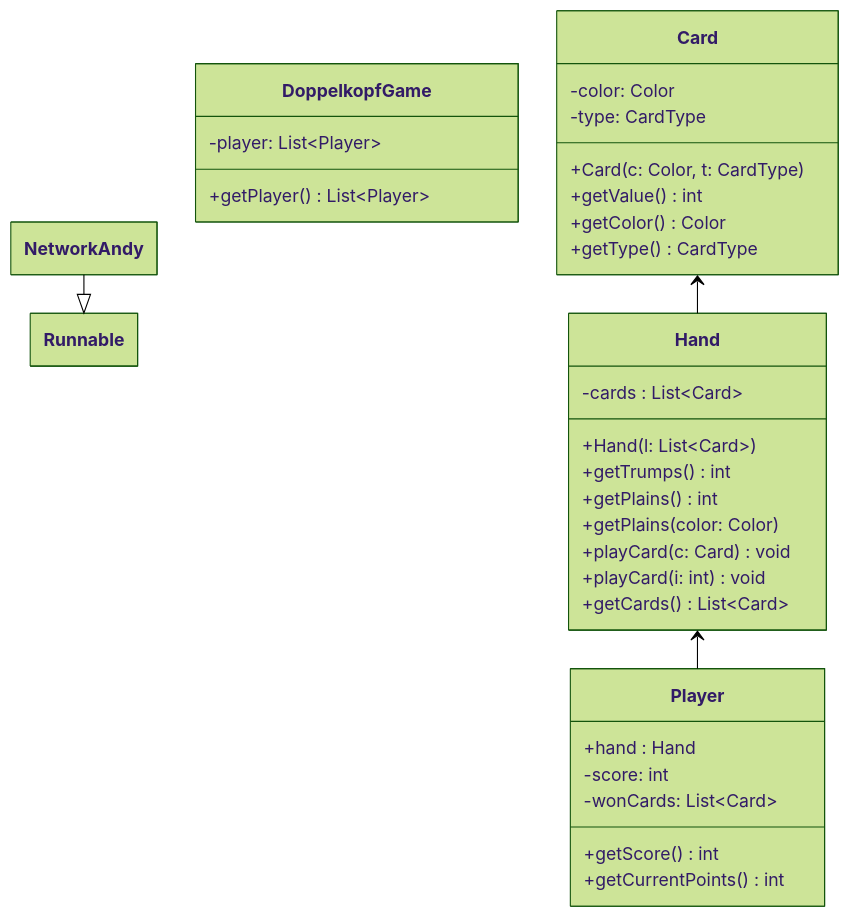
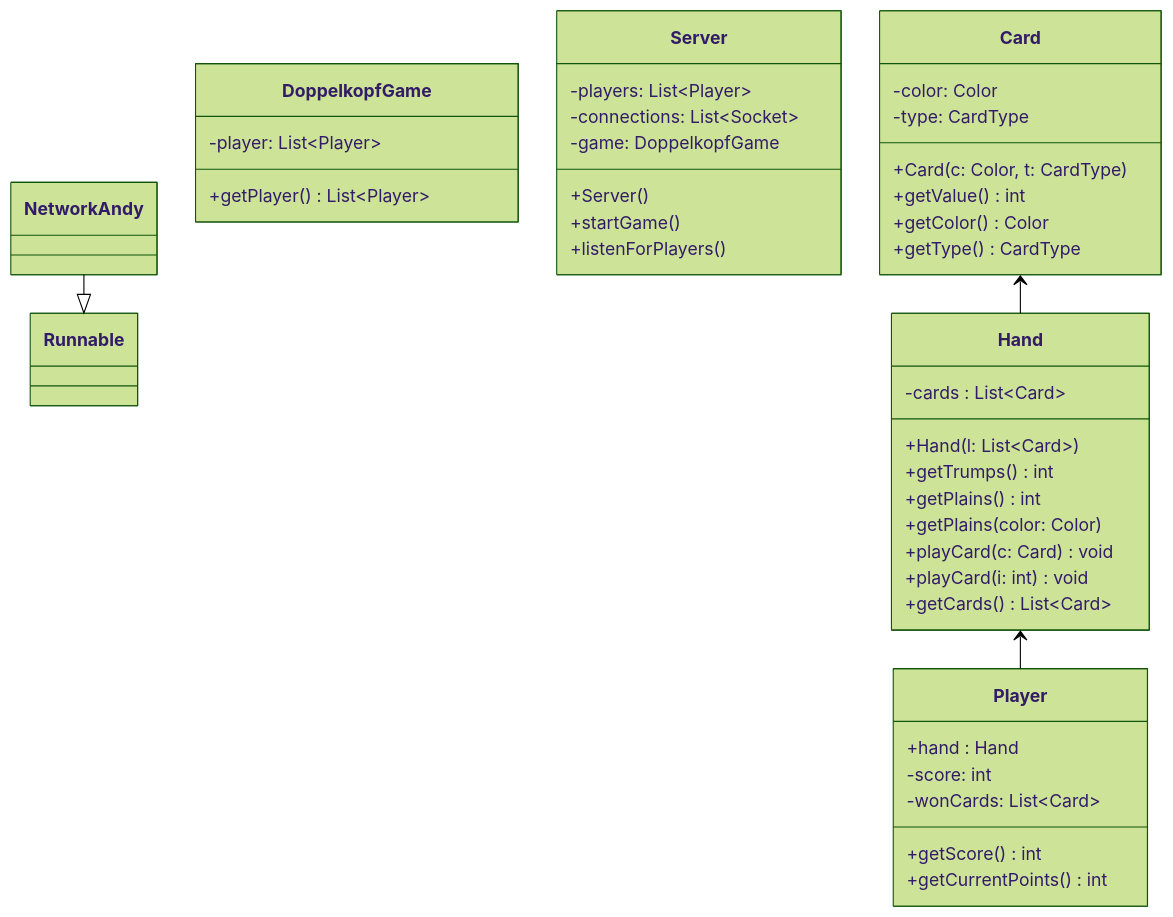
Before and after one commit to texotek/doppelkopf: the diagram in diagram.md, drawn with Mermaid (forest theme). The commit also changed 7 other files, not shown here.

````diff
--- a/diagram.md
+++ b/diagram.md
@@ -1,51 +1,63 @@
 ```mermaid
 ---
 config:
-  layout: elk
-  class:
+    layout: elk
+    class:
     hideEmptyMembersBox: true
 ---
 
 classDiagram
 direction TB
     class NetworkAndy{
+
     }
     class Runnable
     NetworkAndy --|> Runnable
 
     class DoppelkopfGame {
       -player: List~Player~
 
       +getPlayer() List~Player~
+    }
+
+    class Server{
+        -players: List~Player~ 
+        -connections: List~Socket~
+        -game: DoppelkopfGame
+
+        +Server()
+        +startGame()
+        +listenForPlayers()
+
     }
 
     class Player {
 	    +hand : Hand
 	    -score: int
         -wonCards: List~Card~
 
         +getScore() int
         +getCurrentPoints() int
     }
     class Hand {
-	    -cards : List~Card~
-	    +Hand(l: List~Card~)
-	    +getTrumps() int
-	    +getPlains() int
-      +getPlains(color: Color)
-	    +playCard(c: Card) void
-	    +playCard(i: int) void
-	    +getCards() List~Card~
+        -cards : List~Card~
+        +Hand(l: List~Card~)
+        +getTrumps() int
+        +getPlains() int
+        +getPlains(color: Color)
+        +playCard(c: Card) void
+        +playCard(i: int) void
+        +getCards() List~Card~
     }
     class Card {
-	    -color: Color
-	    -type: CardType
-	    +Card(c: Color,  t: CardType)
-	    +getValue() int
-	    +getColor() Color
-	    +getType() CardType
+        -color: Color
+        -type: CardType
+        +Card(c: Color,  t: CardType)
+        +getValue() int
+        +getColor() Color
+        +getType() CardType
     }
     Card <-- Hand
     Hand <-- Player
 
 ```
````
